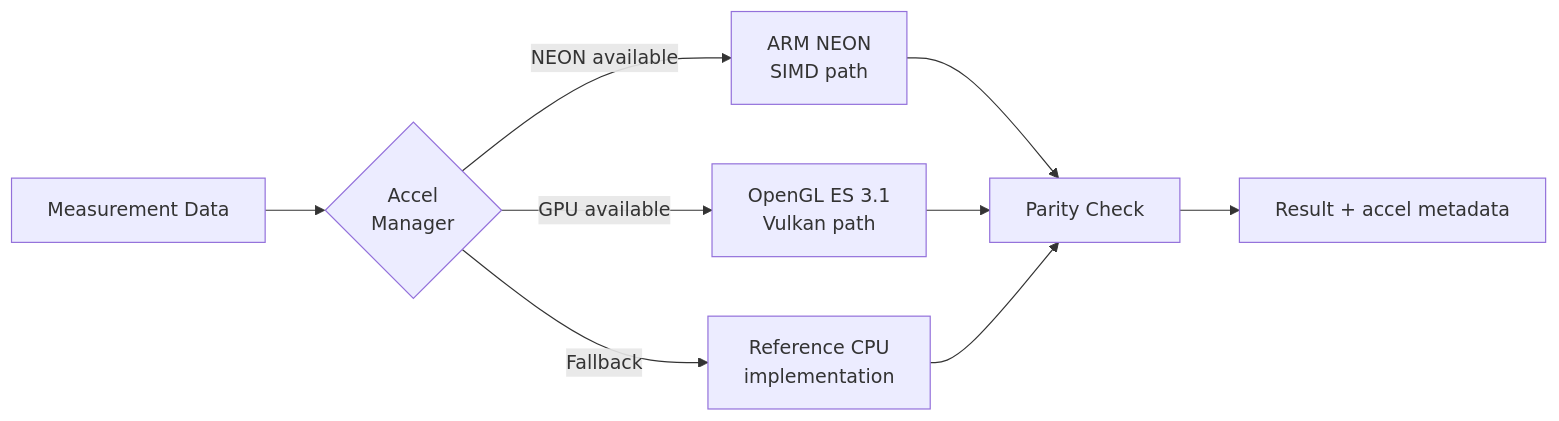
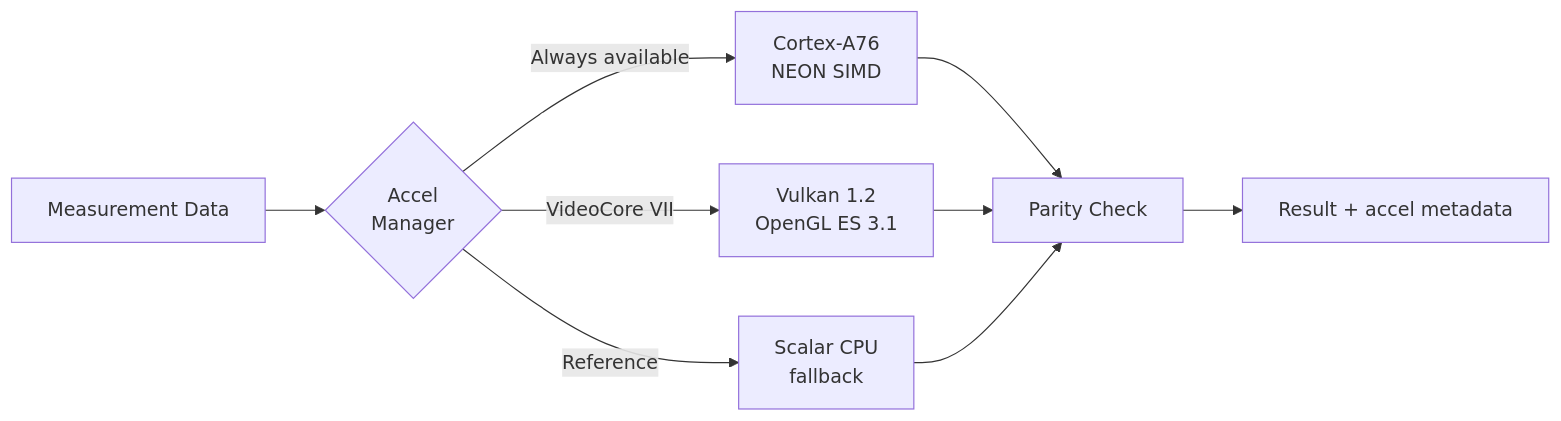
One commit to ParkWardRR/PacketParamedic changed the second of 3 diagrams in README.md. Above: the diagram before and after it, drawn with Mermaid. The commit also changed other lines of this file and 2 other files, not shown here.

First line of the commit message:
Make BLE core, not optional (Pi 5 built-in BT 5.0) (#4)

````diff
--- a/README.md
+++ b/README.md
@@ -103,11 +127,11 @@
 ```mermaid
 graph LR
-    Input["Measurement Data"] --> Detect{"Accel<br/>Manager"}
-    Detect -->|"NEON available"| NEON["ARM NEON<br/>SIMD path"]
-    Detect -->|"GPU available"| GPU["OpenGL ES 3.1<br/>Vulkan path"]
-    Detect -->|"Fallback"| CPU["Reference CPU<br/>implementation"]
+    Input["Measurement Data"] --> Manager{"Accel<br/>Manager"}
+    Manager -->|"Always available"| NEON["Cortex-A76<br/>NEON SIMD"]
+    Manager -->|"VideoCore VII"| GPU["Vulkan 1.2<br/>OpenGL ES 3.1"]
+    Manager -->|"Reference"| CPU["Scalar CPU<br/>fallback"]
     NEON --> Verify["Parity Check"]
     GPU --> Verify
     CPU --> Verify
     Verify --> Output["Result + accel metadata"]
 ```
````
